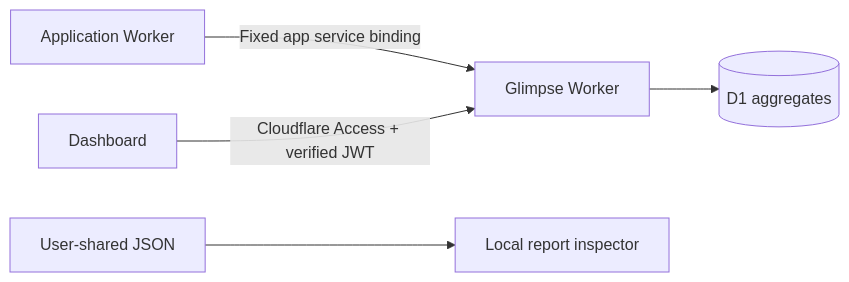
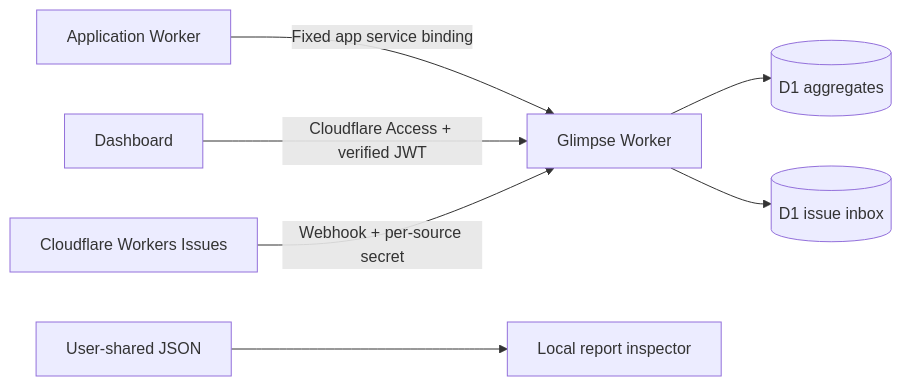
The diagram in README.md (esaueng/glimpse), drawn with Mermaid before and after one commit. The commit also changed other lines of this file and 24 other files, not shown here.

````diff
--- a/README.md
+++ b/README.md
@@ -89,7 +92,9 @@
 ```mermaid
 flowchart LR
   App[Application Worker] -->|Fixed app service binding| Worker[Glimpse Worker]
   Worker --> DB[(D1 aggregates)]
   Dashboard -->|Cloudflare Access + verified JWT| Worker
+  CF[Cloudflare Workers Issues] -->|Webhook + per-source secret| Worker
+  Worker --> Inbox[(D1 issue inbox)]
   Report[User-shared JSON] --> Inspector[Local report inspector]
 ```
````
